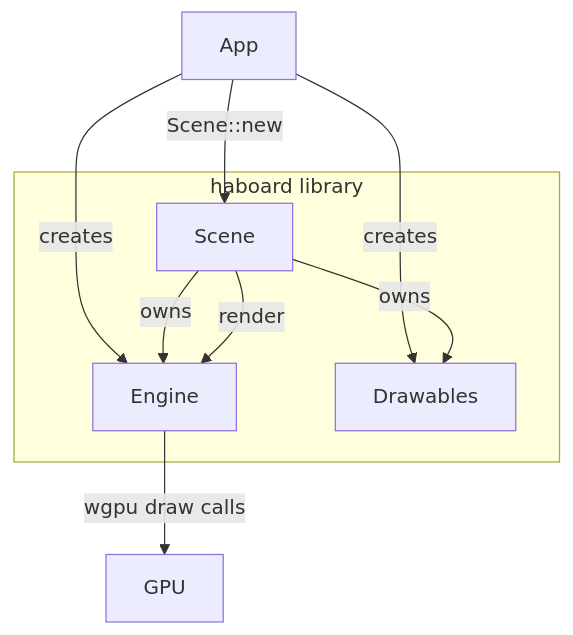
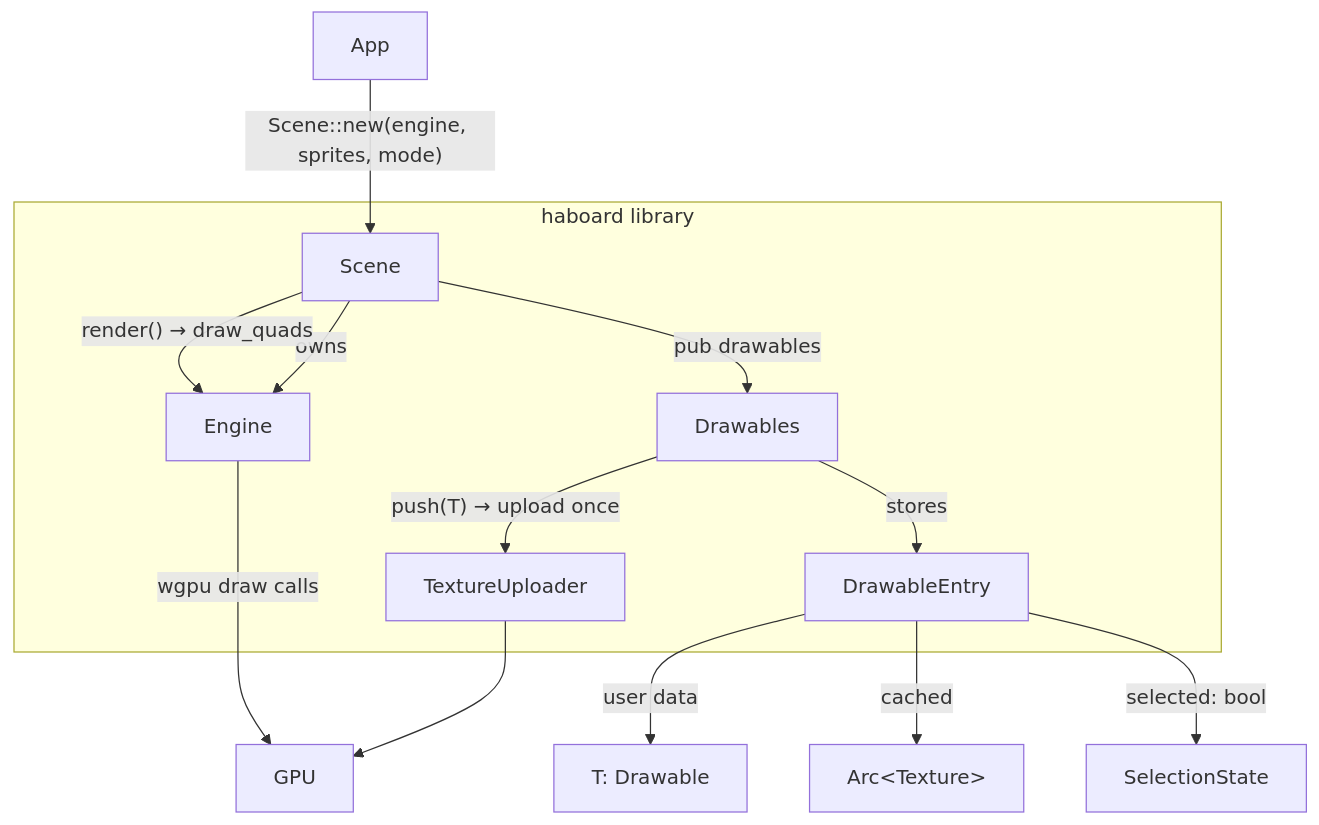
Before and after one commit to hadeutscher/HaBoard: the diagram in README.md, drawn with Mermaid. The commit also changed other lines of this file and 14 other files, not shown here.

````diff
--- a/README.md
+++ b/README.md
@@ -153,16 +231,27 @@
 ```mermaid
 graph TD
-    App:::accent0 -->|creates| Engine:::accent1
-    App -->|creates| Drawables:::accent2
-    App -->|Scene::new| Scene:::accent3
-    Scene -->|owns| Engine
-    Scene -->|owns| Drawables
-    Scene -->|render| Engine
-    Engine -->|wgpu draw calls| GPU:::accent4
+    App:::accent0 -->|"Scene::new(engine, sprites, mode)"| Scene:::accent3
+
+    Scene -->|owns| Engine:::accent1
+    Scene -->|"pub drawables"| Drawables:::accent2
+
+    Drawables -->|"push(T) → upload once"| TextureUploader:::accent5
+    TextureUploader --> GPU:::accent4
+
+    Drawables -->|stores| DrawableEntry:::accent2
+
+    DrawableEntry -->|user data| T["T: Drawable"]:::accent0
+    DrawableEntry -->|cached| GPUTexture["Arc&lt;Texture&gt;"]:::accent5
+    DrawableEntry -->|"selected: bool"| SelectionState:::accent6
+
+    Scene -->|"render() → draw_quads"| Engine
+    Engine -->|wgpu draw calls| GPU
 
     subgraph haboard library
         Engine
         Scene
         Drawables
+        DrawableEntry
+        TextureUploader
     end
 ```
````
